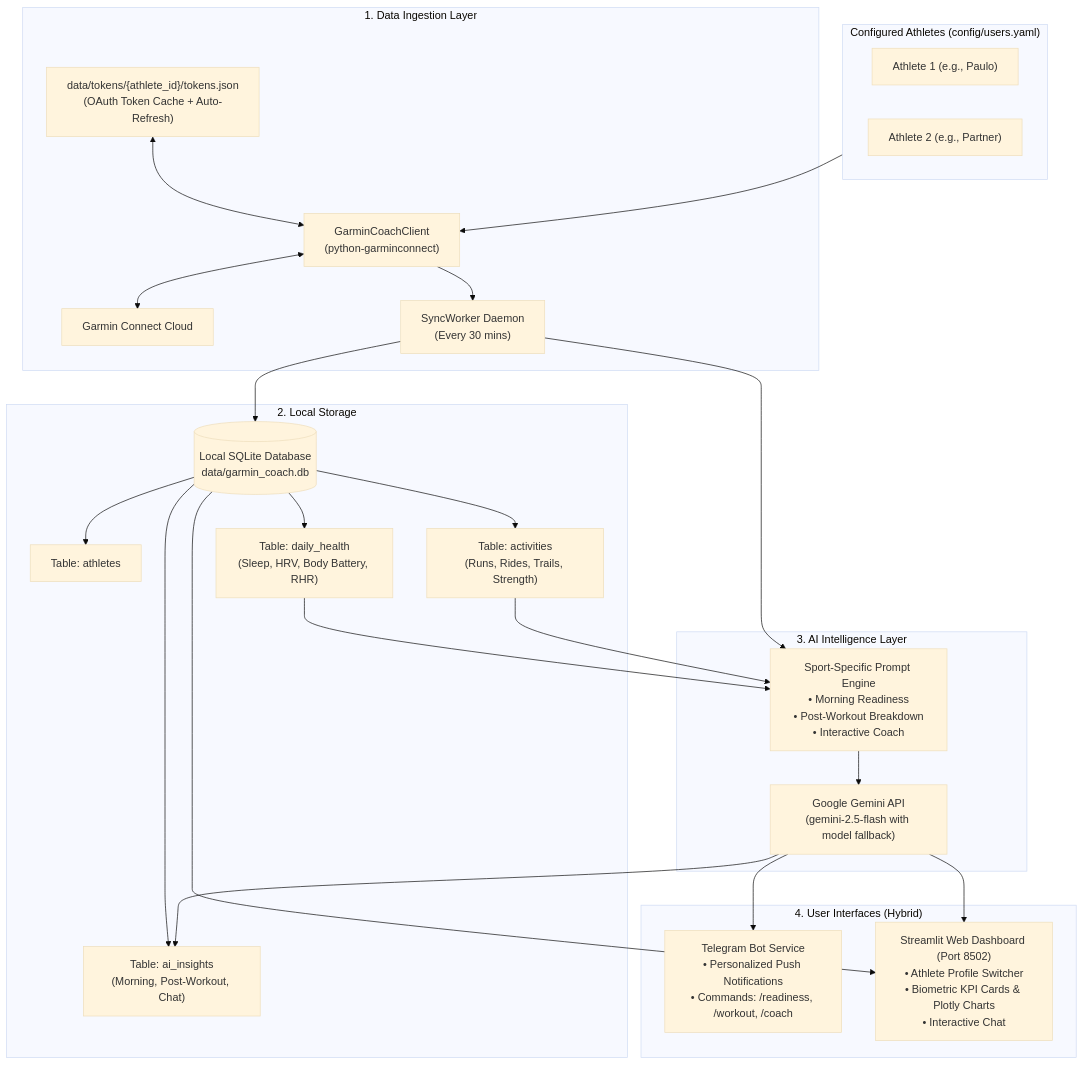
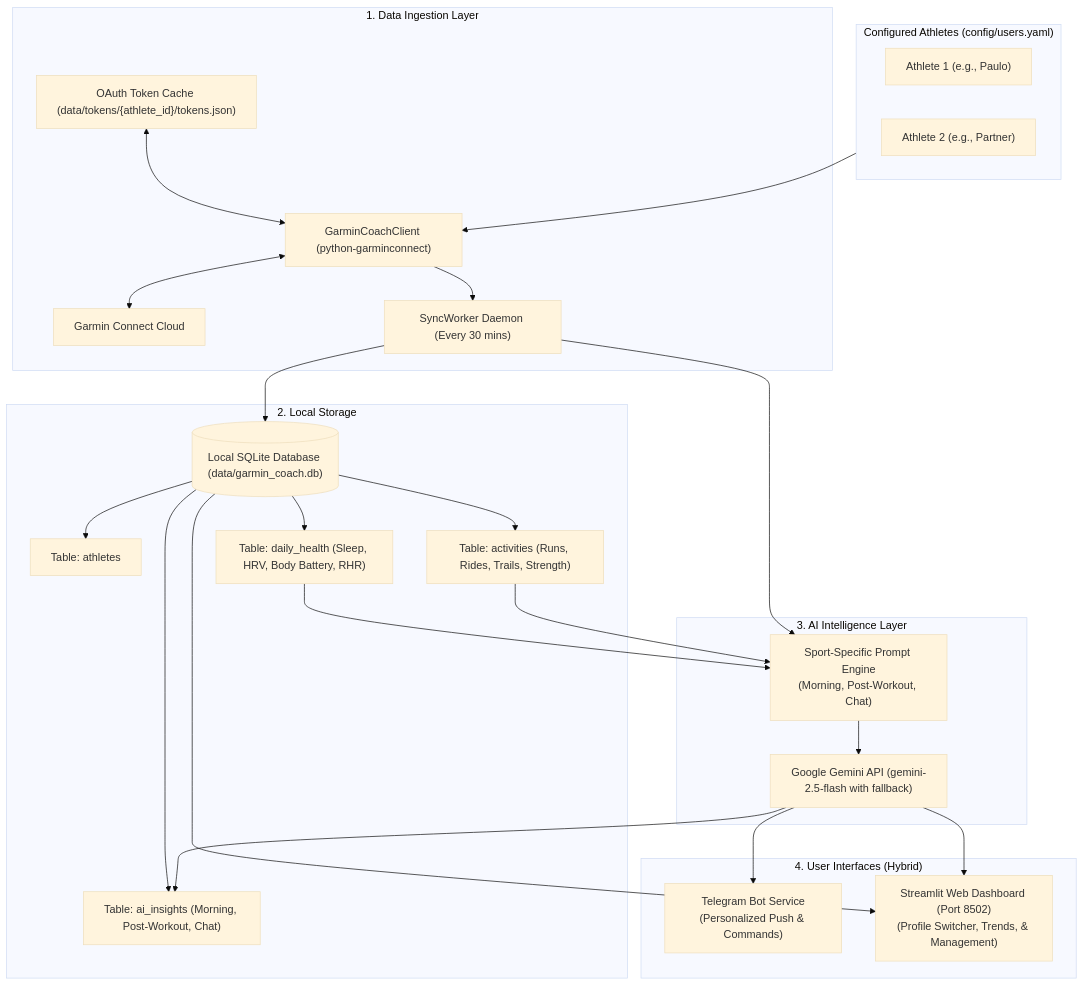
The diagram in docs/ARCHITECTURE.md (paulobh/garmin-ai-coach), drawn with Mermaid (base theme) before and after one commit. The commit also changed 4 other files, not shown here.

Commit message:
docs: update all architectural and workflow diagrams to use Mermaid

````diff
--- a/docs/ARCHITECTURE.md
+++ b/docs/ARCHITECTURE.md
@@ -9,47 +9,47 @@
 ```mermaid
 flowchart TD
     subgraph Athletes ["Configured Athletes (config/users.yaml)"]
         U1["Athlete 1 (e.g., Paulo)"]
         U2["Athlete 2 (e.g., Partner)"]
     end
 
     subgraph IngestionEngine ["1. Data Ingestion Layer"]
         GC["Garmin Connect Cloud"]
-        Client["GarminCoachClient<br/>(python-garminconnect)"]
-        Tokens["data/tokens/{athlete_id}/tokens.json<br/>(OAuth Token Cache + Auto-Refresh)"]
-        Worker["SyncWorker Daemon<br/>(Every 30 mins)"]
+        Client["GarminCoachClient (python-garminconnect)"]
+        Tokens["OAuth Token Cache (data/tokens/{athlete_id}/tokens.json)"]
+        Worker["SyncWorker Daemon (Every 30 mins)"]
     end
 
     subgraph DataStorage ["2. Local Storage"]
-        DB[("Local SQLite Database<br/>data/garmin_coach.db")]
+        DB[("Local SQLite Database (data/garmin_coach.db)")]
         T_Athletes["Table: athletes"]
-        T_Health["Table: daily_health<br/>(Sleep, HRV, Body Battery, RHR)"]
-        T_Acts["Table: activities<br/>(Runs, Rides, Trails, Strength)"]
-        T_Insights["Table: ai_insights<br/>(Morning, Post-Workout, Chat)"]
+        T_Health["Table: daily_health (Sleep, HRV, Body Battery, RHR)"]
+        T_Acts["Table: activities (Runs, Rides, Trails, Strength)"]
+        T_Insights["Table: ai_insights (Morning, Post-Workout, Chat)"]
     end
 
     subgraph ReasoningEngine ["3. AI Intelligence Layer"]
-        Prompts["Sport-Specific Prompt Engine<br/>• Morning Readiness<br/>• Post-Workout Breakdown<br/>• Interactive Coach"]
-        LLM["Google Gemini API<br/>(gemini-2.5-flash with model fallback)"]
+        Prompts["Sport-Specific Prompt Engine\n(Morning, Post-Workout, Chat)"]
+        LLM["Google Gemini API (gemini-2.5-flash with fallback)"]
     end
 
     subgraph DeliveryLayer ["4. User Interfaces (Hybrid)"]
-        TG["Telegram Bot Service<br/>• Personalized Push Notifications<br/>• Commands: /readiness, /workout, /coach"]
-        WebUI["Streamlit Web Dashboard (Port 8502)<br/>• Athlete Profile Switcher<br/>• Biometric KPI Cards & Plotly Charts<br/>• Interactive Chat"]
+        TG["Telegram Bot Service\n(Personalized Push & Commands)"]
+        WebUI["Streamlit Web Dashboard (Port 8502)\n(Profile Switcher, Trends, & Management)"]
     end
 
     Athletes --> Client
     Tokens <--> Client
     Client <--> GC
     Client --> Worker
     Worker --> DB
     DB --> T_Athletes & T_Health & T_Acts & T_Insights
 
     Worker --> Prompts
     T_Health & T_Acts --> Prompts
     Prompts --> LLM
     LLM --> T_Insights
     LLM --> TG
     DB --> WebUI
     LLM --> WebUI
 ```
````
